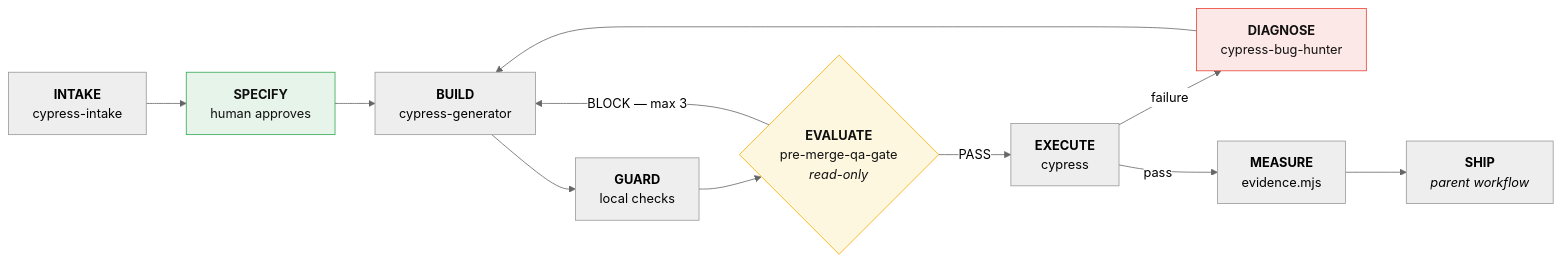
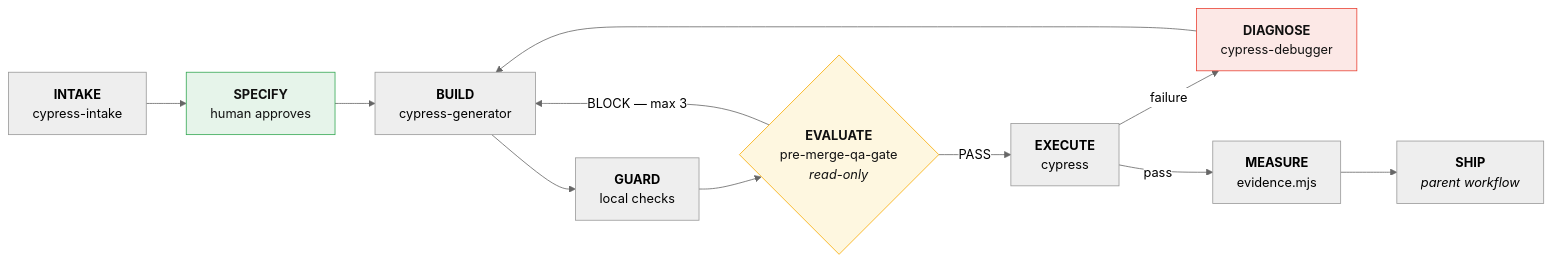
The fifth of 6 diagrams in docs/START-HERE.md (lfyagya/AI-Agentic-Test-Development), drawn with Mermaid (neutral theme) before and after one commit. The commit also changed other lines of this file and 16 other files, not shown here.

First line of the commit message:
Rename cypress-bug-hunter to cypress-debugger

````diff
--- a/docs/START-HERE.md
+++ b/docs/START-HERE.md
@@ -320,17 +320,17 @@
 ```mermaid
 flowchart LR
     G["<b>INTAKE</b><br/>cypress-intake"] --> S["<b>SPECIFY</b><br/>human approves"]
     S --> B["<b>BUILD</b><br/>cypress-generator"]
     B --> GU["<b>GUARD</b><br/>local checks"]
     GU --> E{"<b>EVALUATE</b><br/>pre-merge-qa-gate<br/><i>read-only</i>"}
     E -- "BLOCK — max 3" --> B
     E -- PASS --> X["<b>EXECUTE</b><br/>cypress"]
-    X -- failure --> DI["<b>DIAGNOSE</b><br/>cypress-bug-hunter"]
+    X -- failure --> DI["<b>DIAGNOSE</b><br/>cypress-debugger"]
     DI --> B
     X -- pass --> M["<b>MEASURE</b><br/>evidence.mjs"]
     M --> SH["<b>SHIP</b><br/><i>parent workflow</i>"]
 
     style S fill:#e6f4ea,stroke:#34a853,color:#111
     style E fill:#fef7e0,stroke:#f9ab00,color:#111
     style DI fill:#fce8e6,stroke:#ea4335,color:#111
 ```
````
